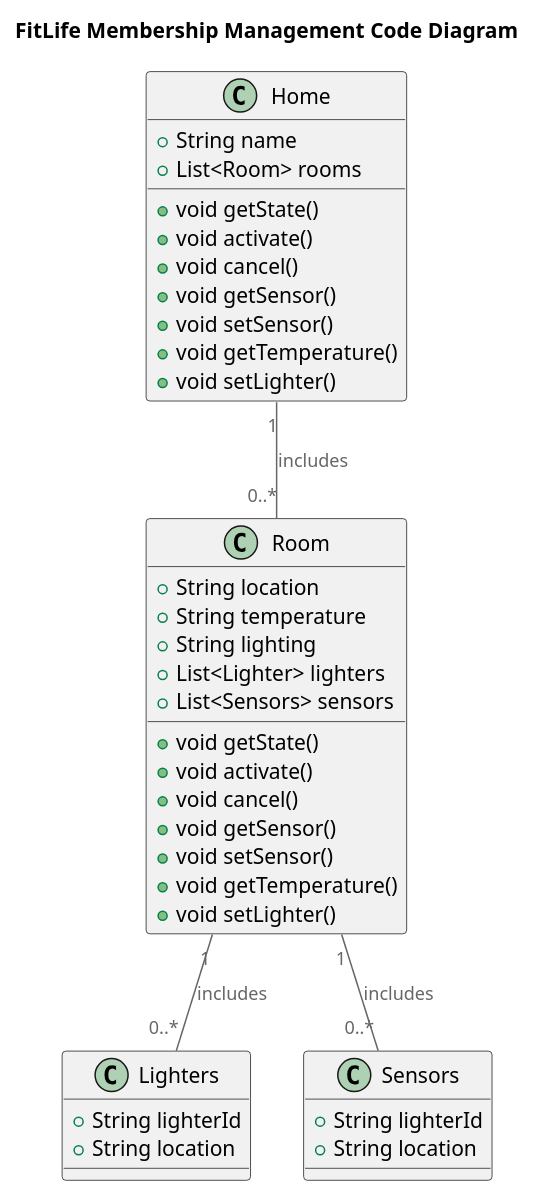
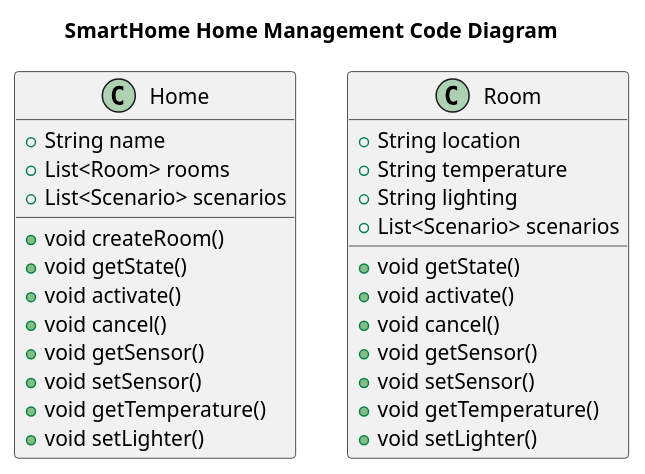
Before and after one commit to PuryginKE/architecture-warmhouse: the diagram in diagrams/code/Code-home.puml, drawn with PlantUML. The commit also changed 19 other files, not shown here.

```diff
--- a/diagrams/code/Code-home.puml
+++ b/diagrams/code/Code-home.puml
@@ -1,49 +1,36 @@
 @startuml
-title FitLife Membership Management Code Diagram
+title SmartHome Home Management Code Diagram
 
 top to bottom direction
 
 !includeurl https://raw.githubusercontent.com/RicardoNiepel/C4-PlantUML/master/C4_Component.puml
 
 class Home {
   +String name
   +List<Room> rooms
+  +List<Scenario> scenarios
+  +void createRoom()
   +void getState()
   +void activate()
   +void cancel()
   +void getSensor()
   +void setSensor()
   +void getTemperature()
   +void setLighter()
 }
 
 class Room {
   +String location
   +String temperature
   +String lighting
-  +List<Lighter> lighters
-  +List<Sensors> sensors
+  +List<Scenario> scenarios
   +void getState()
   +void activate()
   +void cancel()
   +void getSensor()
   +void setSensor()
   +void getTemperature()
   +void setLighter()
 }
 
-class Lighters {
-   +String lighterId
-   +String location
-}
-
-class Sensors {
-   +String lighterId
-   +String location
-}
-
-Home "1" -- "0..*" Room : includes
-Room "1" -- "0..*" Lighters : includes
-Room "1" -- "0..*" Sensors : includes
-
 @enduml
```
